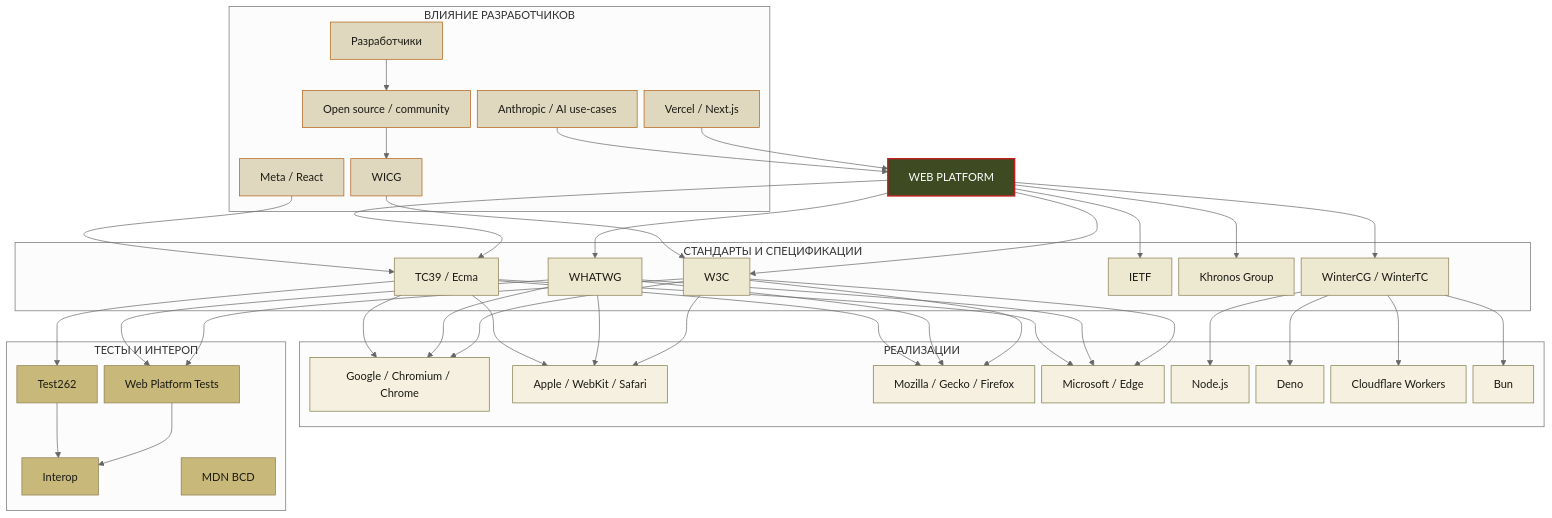
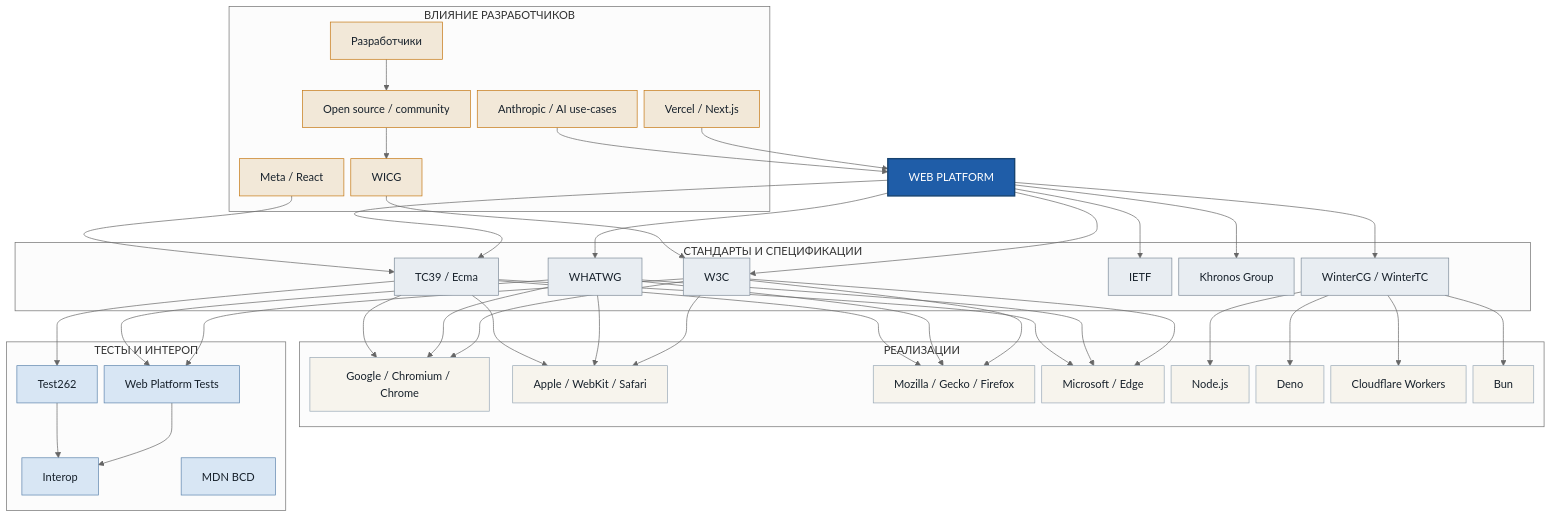
Before and after one commit to Momomash/hitchhiking-web-platform: the second of 4 diagrams in slides.md, drawn with Mermaid (neutral theme). The commit also changed other lines of this file and 27 other files, not shown here.

```diff
--- a/slides.md
+++ b/slides.md
@@ -1806,11 +1852,11 @@
   WINTER --> CF
   WINTER --> BUN
 
-  classDef main fill:#3d4a22,stroke:#bf2020,color:#fff,stroke-width:2px;
-  classDef standards fill:#ede8d0,stroke:#8a7a50,color:#1a1a14;
-  classDef impl fill:#f5f0e0,stroke:#7a7a45,color:#1a1a14;
-  classDef tests fill:#c8b87a,stroke:#8a7a50,color:#1a1a14;
-  classDef eco fill:#e0d8be,stroke:#b05e10,color:#1a1a14;
+  classDef main fill:#1f5da8,stroke:#17436f,color:#fff,stroke-width:2px;
+  classDef standards fill:#e8edf2,stroke:#7d8b99,color:#17212b;
+  classDef impl fill:#f7f4ed,stroke:#98a8b6,color:#17212b;
+  classDef tests fill:#d8e6f4,stroke:#5d84ad,color:#17212b;
+  classDef eco fill:#f2e8d8,stroke:#c57712,color:#17212b;
 
   class WEB main;
   class W3C,WHATWG,TC39,IETF,KHR,WINTER standards;
```
